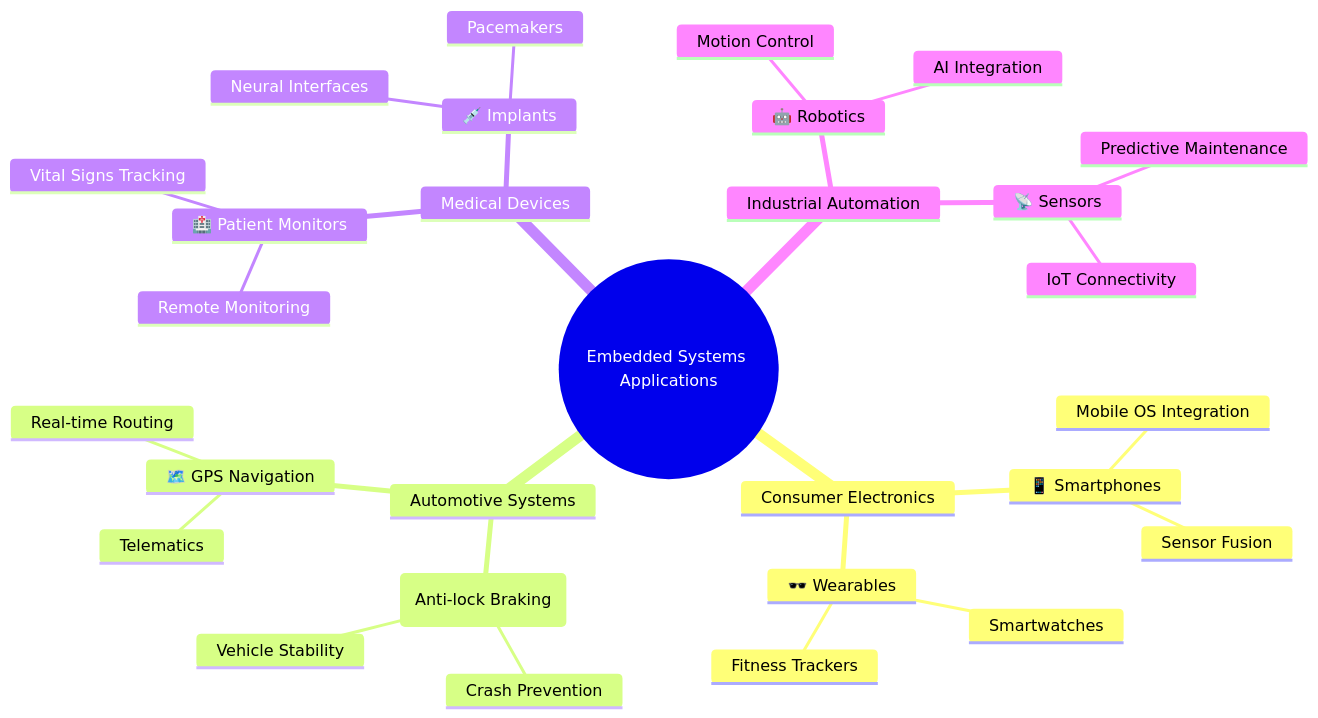
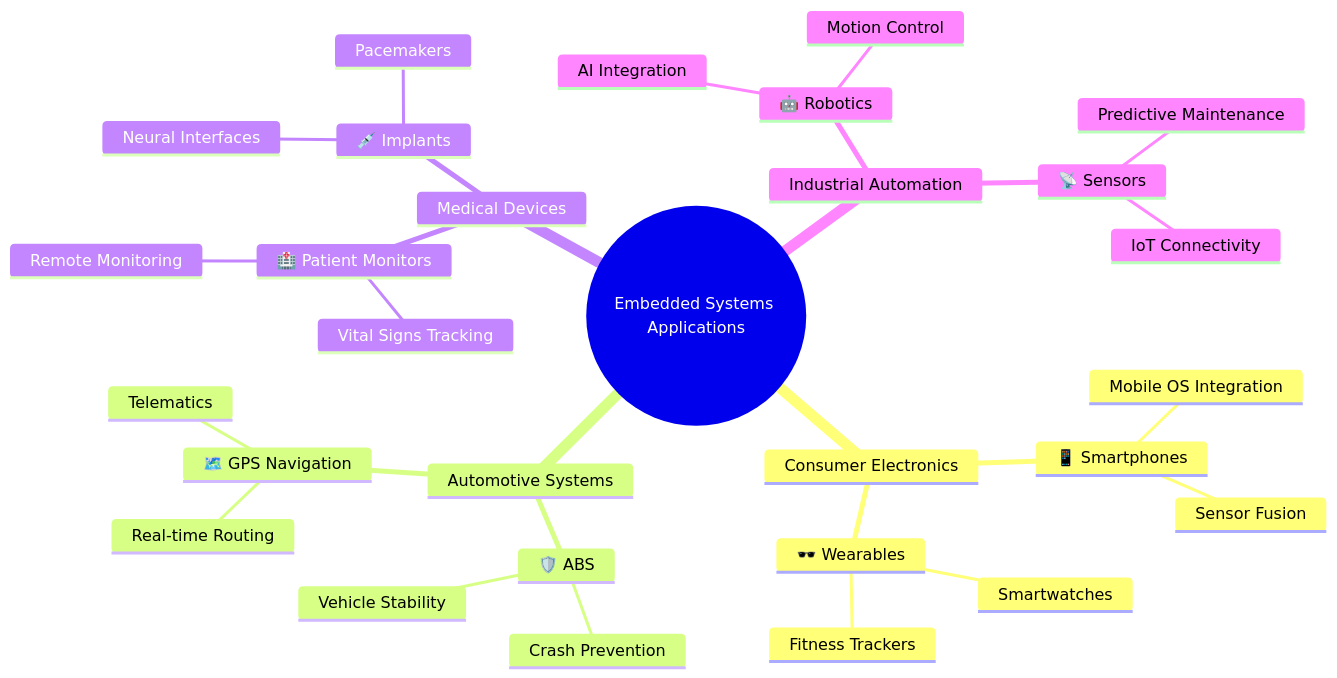
The diagram in docs/IG/3-hardware/computer-architecture/embedded-systems.md (kcodedev/mkdocs), drawn with Mermaid before and after one commit. The commit also changed 1 other file, not shown here.

````diff
--- a/docs/IG/3-hardware/computer-architecture/embedded-systems.md
+++ b/docs/IG/3-hardware/computer-architecture/embedded-systems.md
@@ -25,32 +25,32 @@
 ```mermaid
 mindmap
   root((Embedded Systems Applications))
     Consumer Electronics
       📱 Smartphones
         Mobile OS Integration
         Sensor Fusion
       🕶️ Wearables
         Smartwatches
         Fitness Trackers
     Automotive Systems
-      🛡️ ABS (Anti-lock Braking)
+      🛡️ ABS
         Crash Prevention
         Vehicle Stability
       🗺️ GPS Navigation
         Real-time Routing
         Telematics
     Medical Devices
       🏥 Patient Monitors
         Vital Signs Tracking
         Remote Monitoring
       💉 Implants
         Pacemakers
         Neural Interfaces
     Industrial Automation
       🤖 Robotics
         Motion Control
         AI Integration
       📡 Sensors
         IoT Connectivity
         Predictive Maintenance
 ```
````
